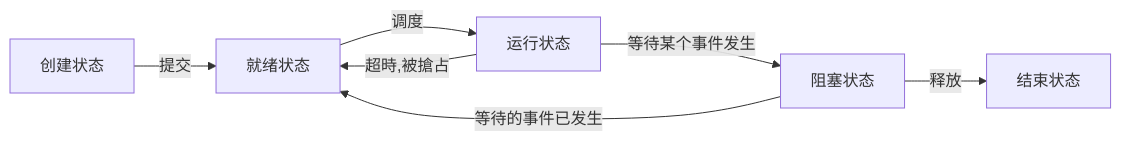
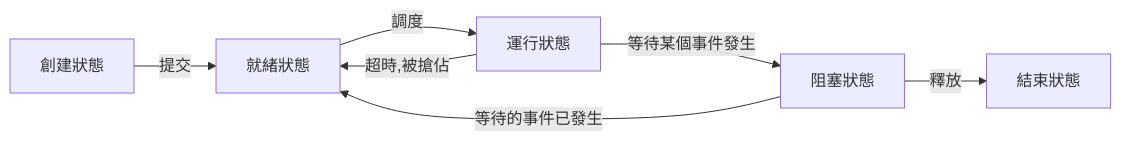
Before and after one commit to chchoiw/chchoiw.github.io: the third of 9 diagrams in _posts/2021-08-04-operating_system.md, drawn with Mermaid. The commit also changed other lines of this file, not shown here.

````diff
--- a/_posts/2021-08-04-operating_system.md
+++ b/_posts/2021-08-04-operating_system.md
@@ -415,15 +415,15 @@
   ```mermaid
   graph LR
-  id1[创建状态]
-  id2[就绪状态]
-  id3[运行状态]
-  id4[阻塞状态]
-  id5[结束状态]
+  id1[創建狀態]
+  id2[就緒狀態]
+  id3[運行狀態]
+  id4[阻塞狀態]
+  id5[結束狀態]
 
   id1--提交-->id2
-  id2--调度-->id3
-  id3--超時,被搶占-->id2
-  id3--等待某个事件发生-->id4
-  id4--等待的事件已发生-->id2
-  id4--释放-->id5
+  id2--調度-->id3
+  id3--超時,被搶佔-->id2
+  id3--等待某個事件發生-->id4
+  id4--等待的事件已發生-->id2
+  id4--釋放-->id5
   ```
````
